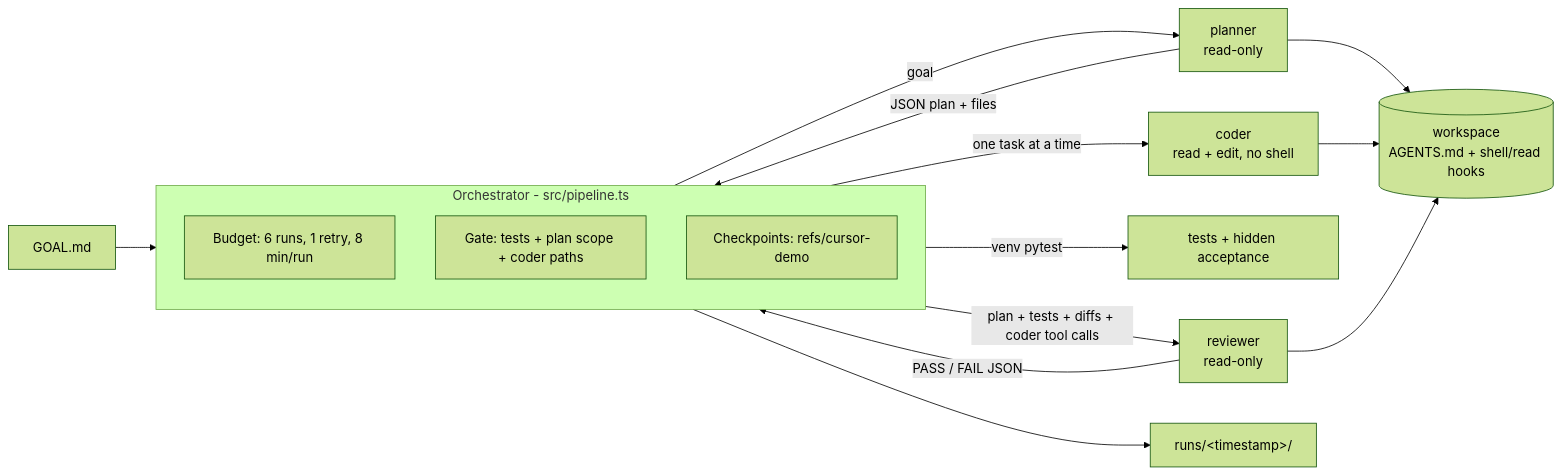
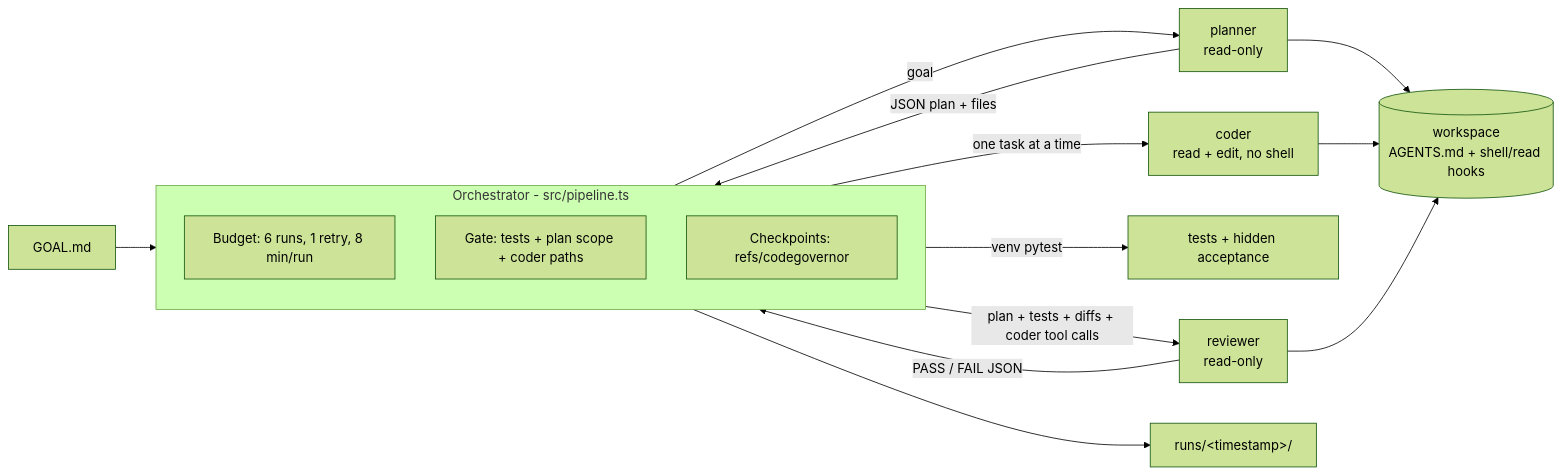
One commit to nishanttyagi28/agent-control-tower changed the diagram in README.md. Above: the diagram before and after it, drawn with Mermaid (forest theme). The commit also changed other lines of this file and 12 other files, not shown here.

````diff
--- a/README.md
+++ b/README.md
@@ -67,17 +70,17 @@
 ```mermaid
 flowchart LR
     goal[GOAL.md] --> O
     subgraph O[Orchestrator - src/pipeline.ts]
         B[Budget: 6 runs, 1 retry, 8 min/run]
         G[Gate: tests + plan scope + coder paths]
-        K[Checkpoints: refs/cursor-demo]
+        K[Checkpoints: refs/codegovernor]
     end
     O -->|goal| P[planner<br/>read-only]
     P -->|JSON plan + files| O
     O -->|one task at a time| C[coder<br/>read + edit, no shell]
     O -->|venv pytest| T[tests + hidden acceptance]
     O -->|plan + tests + diffs + coder tool calls| R[reviewer<br/>read-only]
     R -->|PASS / FAIL JSON| O
     P & C & R --> W[(workspace<br/>AGENTS.md + shell/read hooks)]
     O --> L[runs/&lt;timestamp&gt;/]
 ```
````
